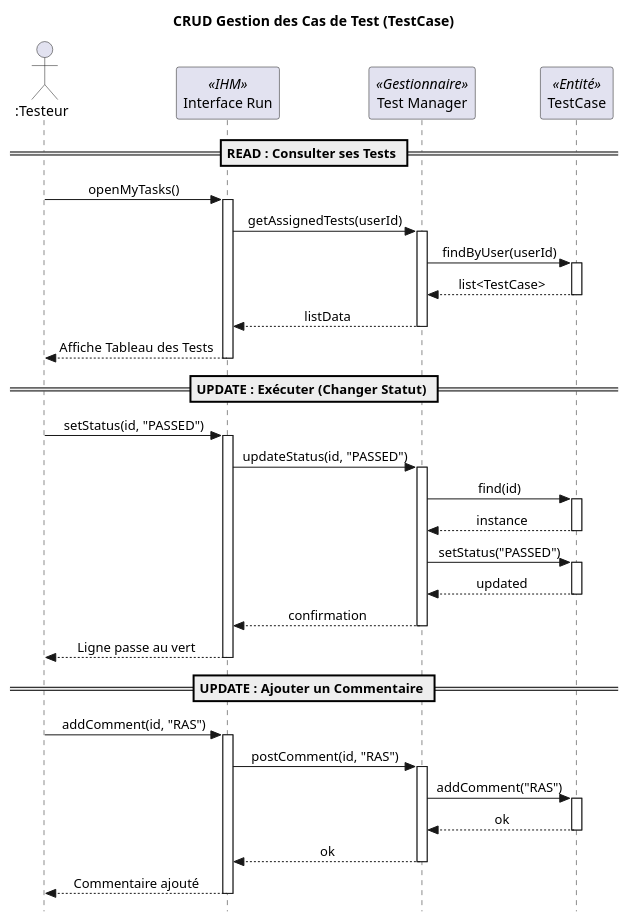
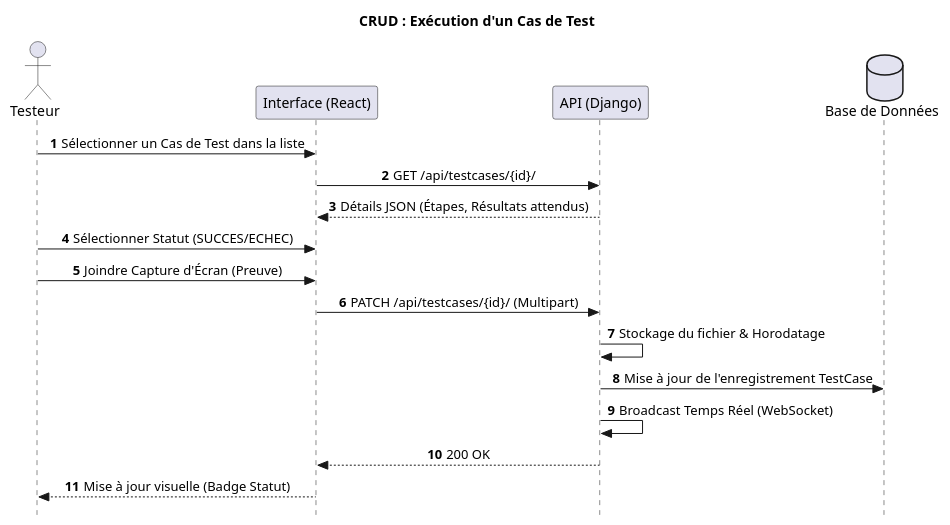
The diagram in InsureTM/diagrammes /crud_testcase_sequence.puml (onsben19/Test-Management-Plateforme-LLoyd), drawn with PlantUML before and after one commit. The commit also changed 69 other files, not shown here.

```diff
--- a/InsureTM/diagrammes /crud_testcase_sequence.puml
+++ b/InsureTM/diagrammes /crud_testcase_sequence.puml
@@ -1,56 +1,24 @@
 @startuml
+autonumber
 skinparam style strictuml
 skinparam sequenceMessageAlign center
-title CRUD Gestion des Cas de Test (TestCase)
 
-actor ":Testeur" as User
-participant "Interface Run" as UI <<IHM>>
-participant "Test Manager" as Manager <<Gestionnaire>>
-participant "TestCase" as Entity <<Entité>>
+actor "Testeur" as T
+participant "Interface (React)" as F
+participant "API (Django)" as B
+database "Base de Données" as DB
 
-== READ : Consulter ses Tests ==
-User -> UI : openMyTasks()
-activate UI
-    UI -> Manager : getAssignedTests(userId)
-    activate Manager
-        Manager -> Entity : findByUser(userId)
-        activate Entity
-        Entity --> Manager : list<TestCase>
-        deactivate Entity
-        Manager --> UI : listData
-    deactivate Manager
-    UI --> User : Affiche Tableau des Tests
-deactivate UI
+title CRUD : Exécution d'un Cas de Test
 
-== UPDATE : Exécuter (Changer Statut) ==
-User -> UI : setStatus(id, "PASSED")
-activate UI
-    UI -> Manager : updateStatus(id, "PASSED")
-    activate Manager
-        Manager -> Entity : find(id)
-        activate Entity
-        Entity --> Manager : instance
-        deactivate Entity
-        Manager -> Entity : setStatus("PASSED")
-        activate Entity
-        Entity --> Manager : updated
-        deactivate Entity
-        Manager --> UI : confirmation
-    deactivate Manager
-    UI --> User : Ligne passe au vert
-deactivate UI
-
-== UPDATE : Ajouter un Commentaire ==
-User -> UI : addComment(id, "RAS")
-activate UI
-    UI -> Manager : postComment(id, "RAS")
-    activate Manager
-        Manager -> Entity : addComment("RAS")
-        activate Entity
-        Entity --> Manager : ok
-        deactivate Entity
-        Manager --> UI : ok
-    deactivate Manager
-    UI --> User : Commentaire ajouté
-deactivate UI
+T -> F : Sélectionner un Cas de Test dans la liste
+F -> B : GET /api/testcases/{id}/
+B --> F : Détails JSON (Étapes, Résultats attendus)
+T -> F : Sélectionner Statut (SUCCES/ECHEC)
+T -> F : Joindre Capture d'Écran (Preuve)
+F -> B : PATCH /api/testcases/{id}/ (Multipart)
+B -> B : Stockage du fichier & Horodatage
+B -> DB : Mise à jour de l'enregistrement TestCase
+B -> B : Broadcast Temps Réel (WebSocket)
+B --> F : 200 OK
+F --> T : Mise à jour visuelle (Badge Statut)
 @enduml
```
